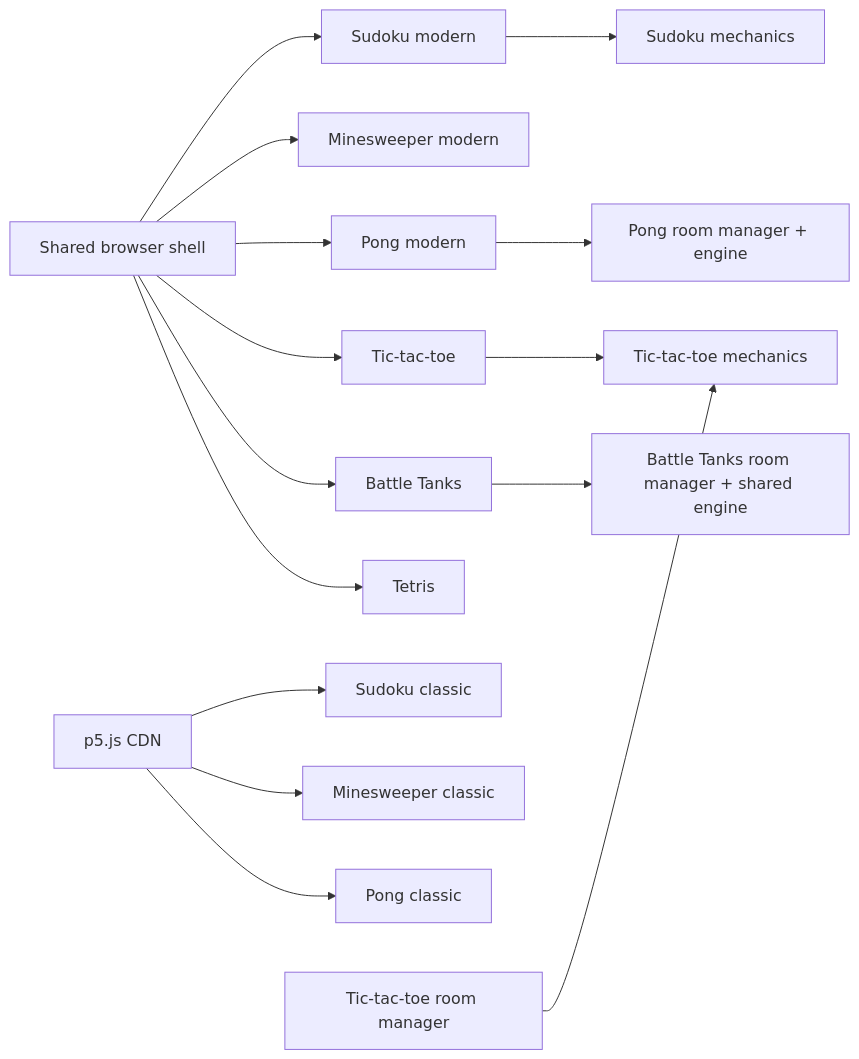
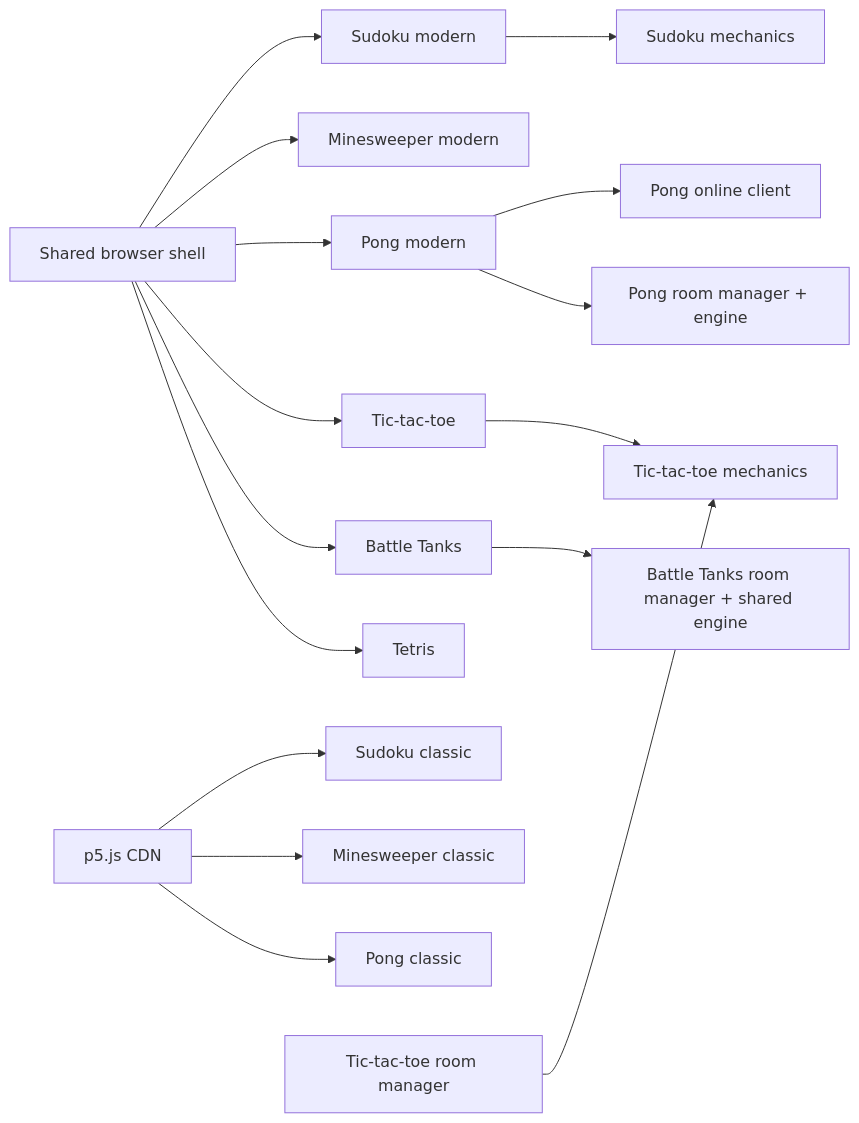
The third of 8 diagrams in docs/architecture.md (bashmohandes/Javascript), drawn with Mermaid before and after one commit. The commit also changed other lines of this file and 8 other files, not shown here.

Commit message:
Isolate Pong online lifecycle

````diff
--- a/docs/architecture.md
+++ b/docs/architecture.md
@@ -126,17 +126,18 @@
 ```mermaid
 flowchart LR
   Shared[Shared browser shell] --> SU[Sudoku modern]
   SU --> SG[Sudoku mechanics]
   Shared --> MS[Minesweeper modern]
   Shared --> PO[Pong modern]
+  PO --> PC[Pong online client]
   Shared --> TT[Tic-tac-toe]
   Shared --> BT[Battle Tanks]
   Shared --> TE[Tetris]
   P5[p5.js CDN] --> SUC[Sudoku classic]
   P5 --> MSC[Minesweeper classic]
   P5 --> POC[Pong classic]
   PO --> WR[Pong room manager + engine]
   TT --> TG[Tic-tac-toe mechanics]
   TR[Tic-tac-toe room manager] --> TG
   BT --> BR[Battle Tanks room manager + shared engine]
 ```
````
